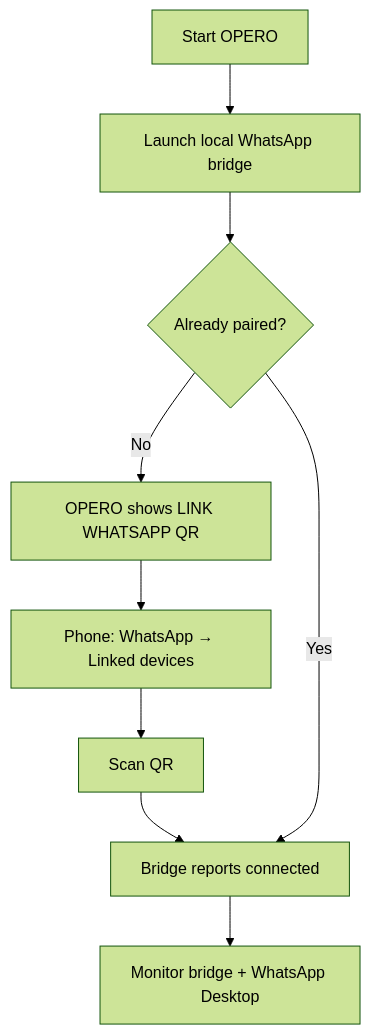
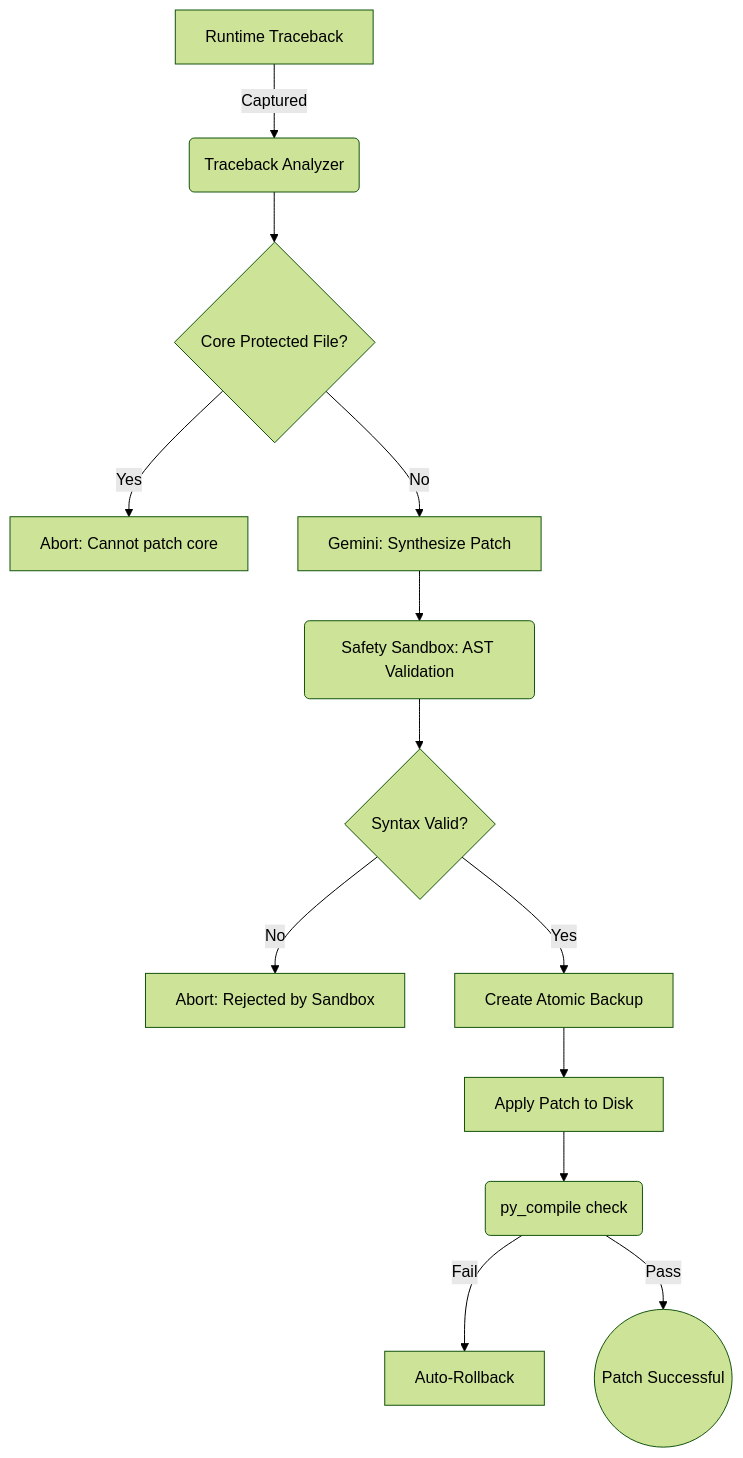
One commit to channallikrishnasai/The-Opero changed the second of 2 diagrams in README.md. Above: the diagram before and after it, drawn with Mermaid (forest theme). The commit also changed other lines of this file and 153 other files, not shown here.

````diff
--- a/README.md
+++ b/README.md
@@ -279,11 +77,15 @@
 ```mermaid
-flowchart TD
-    A[Start OPERO] --> B[Launch local WhatsApp bridge]
-    B --> C{Already paired?}
-    C -- No --> D[OPERO shows LINK WHATSAPP QR]
-    D --> E[Phone: WhatsApp → Linked devices]
-    E --> F[Scan QR]
-    F --> G[Bridge reports connected]
-    C -- Yes --> G
-    G --> H[Monitor bridge + WhatsApp Desktop]
+graph TD
+    A[Runtime Traceback] -->|Captured| B(Traceback Analyzer)
+    B --> C{Core Protected File?}
+    C -->|Yes| D[Abort: Cannot patch core]
+    C -->|No| E[Gemini: Synthesize Patch]
+    E --> F(Safety Sandbox: AST Validation)
+    F --> G{Syntax Valid?}
+    G -->|No| H[Abort: Rejected by Sandbox]
+    G -->|Yes| I[Create Atomic Backup]
+    I --> J[Apply Patch to Disk]
+    J --> K(py_compile check)
+    K -->|Fail| L[Auto‑Rollback]
+    K -->|Pass| M((Patch Successful))
 ```
````
